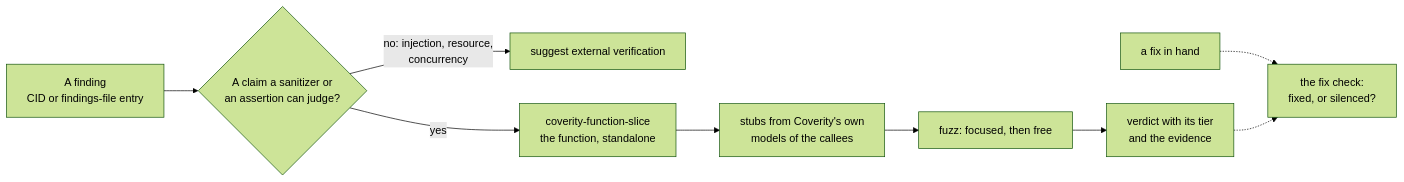
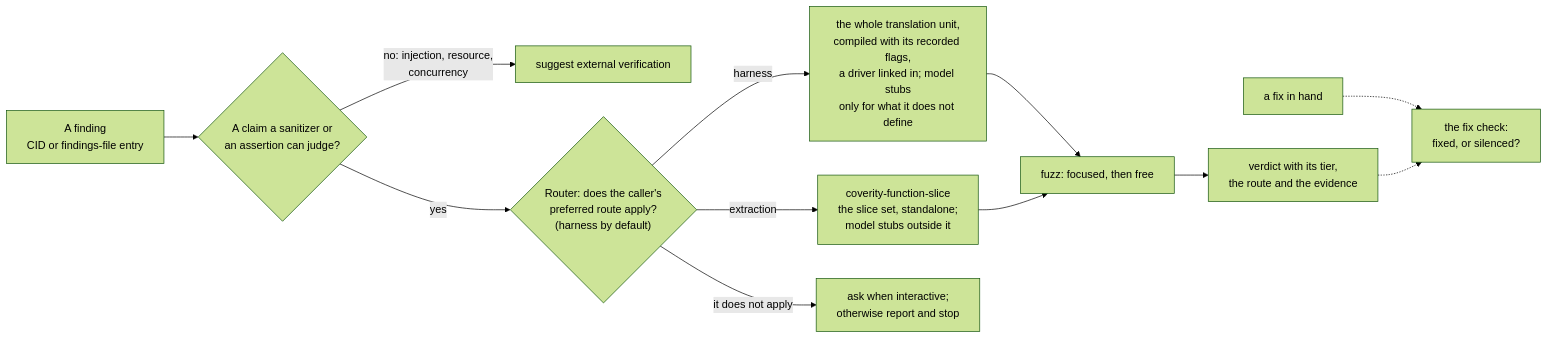
The fourth of 7 diagrams in USE-CASES.md (edtice-goog/CoveritySkills), drawn with Mermaid (forest theme) before and after one commit. The commit also changed other lines of this file and 1 other file, not shown here.

````diff
--- a/USE-CASES.md
+++ b/USE-CASES.md
@@ -134,11 +144,13 @@
 ```mermaid
 flowchart LR
     F["A finding<br/>CID or findings-file entry"] --> D{"A claim a sanitizer or<br/>an assertion can judge?"}
     D -->|"no: injection, resource,<br/>concurrency"| X["suggest external verification"]
-    D -->|"yes"| S["coverity-function-slice<br/>the function, standalone"]
-    S --> M["stubs from Coverity's own<br/>models of the callees"]
-    M --> Z["fuzz: focused, then free"]
-    Z --> V["verdict with its tier<br/>and the evidence"]
+    D -->|"yes"| RT{"Router: does the caller's<br/>preferred route apply?<br/>(harness by default)"}
+    RT -->|"harness"| H["the whole translation unit,<br/>compiled with its recorded flags,<br/>a driver linked in; model stubs<br/>only for what it does not define"]
+    RT -->|"extraction"| S["coverity-function-slice<br/>the slice set, standalone;<br/>model stubs outside it"]
+    RT -->|"it does not apply"| Q["ask when interactive;<br/>otherwise report and stop"]
+    H & S --> Z["fuzz: focused, then free"]
+    Z --> V["verdict with its tier,<br/>the route and the evidence"]
     FX["a fix in hand"] -.-> K["the fix check:<br/>fixed, or silenced?"]
     V -.-> K
 ```
````
